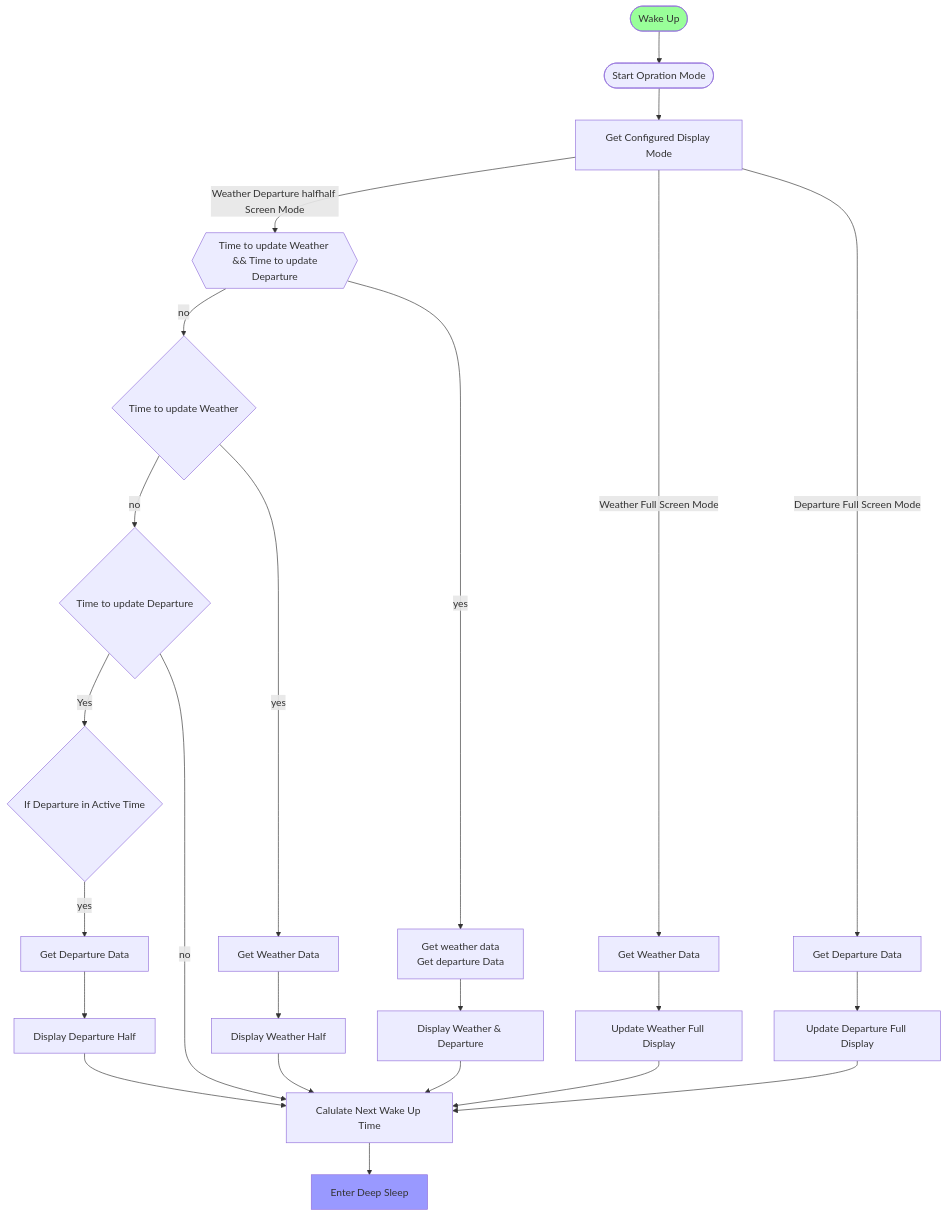
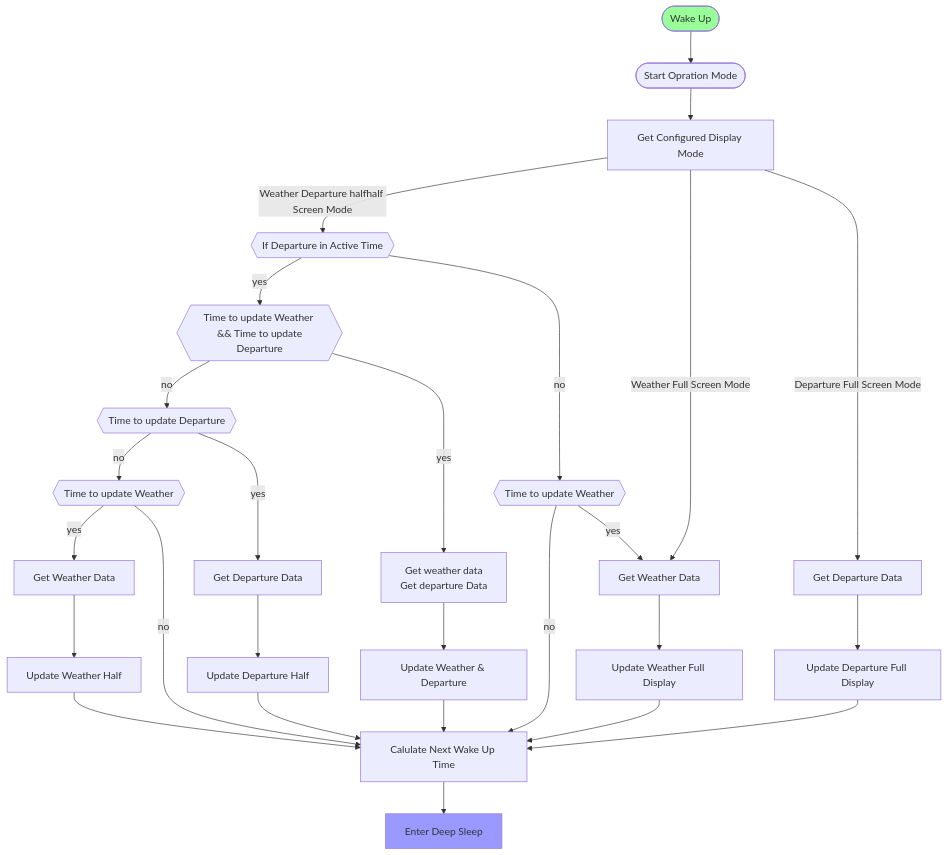
One commit to gogo-boot/e-board changed the diagram in docs/refresh-process.md. Above: the diagram before and after it, drawn with Mermaid.

Commit message:
add refresh process

````diff
--- a/docs/refresh-process.md
+++ b/docs/refresh-process.md
@@ -3,30 +3,28 @@
 ```mermaid
 flowchart TD
     PrepareToSleep[Calulate Next Wake Up Time]
+%%  Getting Configured Display Mode
     Start([Wake Up]) --> StartOperation
     StartOperation([Start Opration Mode]) --> GetDisplayMode[Get Configured Display Mode]
-    GetDisplayMode -->|Weather Departure halfhalf Screen Mode| NeedWeatherDeparture{{Time to update Weather \n && Time to update Departure}}
-    GetDisplayMode -->|Weather Full Screen Mode| GetWeather[Get Weather Data]
-    GetDisplayMode -->|Departure Full Screen Mode| GetDeparture[Get Departure Data]
-    NeedWeatherDeparture -->|no| NeedWeatherUpdate{Time to update Weather}
-    NeedWeatherDeparture -->|yes| GetWeatherDepartureData[Get weather data \n Get departure Data]
-    GetWeatherDepartureData --> DisplayWeatherDeparture[Display Weather & Departure]
-    DisplayWeatherDeparture --> PrepareToSleep
-    NeedWeatherUpdate -->|no| NeedDepartureUpdate{Time to update Departure}
-    NeedDepartureUpdate -->|Yes| CheckDepartureActive{If Departure in Active Time}
-    NeedDepartureUpdate -->|no| PrepareToSleep
-    NeedWeatherUpdate -->|yes| GetWeatherData[Get Weather Data]
-    GetWeatherData --> DisplayWeather[Display Weather Half]
-    DisplayWeather --> PrepareToSleep
-    CheckDepartureActive -->|yes| GetDepartureData[Get Departure Data]
-    GetDepartureData --> DisplayDeparture[Display Departure Half]
-    DisplayDeparture --> PrepareToSleep
-    GetWeather --> UpdateWeather[Update Weather Full Display]
-    UpdateWeather --> PrepareToSleep
-    GetDeparture --> UpdateDeparture[Update Departure Full Display]
-    UpdateDeparture --> PrepareToSleep
+    GetDisplayMode -->|Weather Departure halfhalf Screen Mode| IfDepartureActive{{If Departure in Active Time}}
+    GetDisplayMode -->|Weather Full Screen Mode| GetWeather[Get Weather Data] --> UpdateWeather[Update Weather Full Display] --> PrepareToSleep
+    GetDisplayMode -->|Departure Full Screen Mode| GetDeparture[Get Departure Data] --> UpdateDeparture[Update Departure Full Display] --> PrepareToSleep
+%%  Half Half Mode / If Departure is in Active Time
+    IfDepartureActive -->|yes| IfNeedWeatherDeparture{{Time to update Weather \n && Time to update Departure}}
+    IfDepartureActive -->|no| IfNeedWeatherUpdate{{Time to update Weather}}
+%%  Half Half Mode / If Time to update Weather & Departure
+    IfNeedWeatherDeparture -->|no| IfNeedDepartureUpdate{{Time to update Departure}}
+    IfNeedWeatherDeparture -->|yes| GetWeatherDepartureData[Get weather data \n Get departure Data] --> DisplayWeatherDeparture[Update Weather & Departure] --> PrepareToSleep
+%%  Half Half Mode / If Time to update Departure
+    IfNeedDepartureUpdate -->|no| IfTimeToUpdateWeather{{Time to update Weather}}
+    IfNeedDepartureUpdate -->|yes| GetDepartureData[Get Departure Data] --> DisplayDepartureHalf[Update Departure Half] --> PrepareToSleep
+%%  Half Half Mode / If Time to update Weather
+    IfTimeToUpdateWeather -->|yes| GetWeatherData[Get Weather Data] --> DisplayWeatherHalf[Update Weather Half] --> PrepareToSleep
+    IfTimeToUpdateWeather -->|no| PrepareToSleep
+%%   Separator
+    IfNeedWeatherUpdate -->|no| PrepareToSleep
+    IfNeedWeatherUpdate -->|yes| GetWeather
     PrepareToSleep --> DeepSleep[Enter Deep Sleep]
-%%    style PrepareToSleep fill: #ff9999
     style Start fill: #99ff99
     style DeepSleep fill: #9999ff
 ```
````
